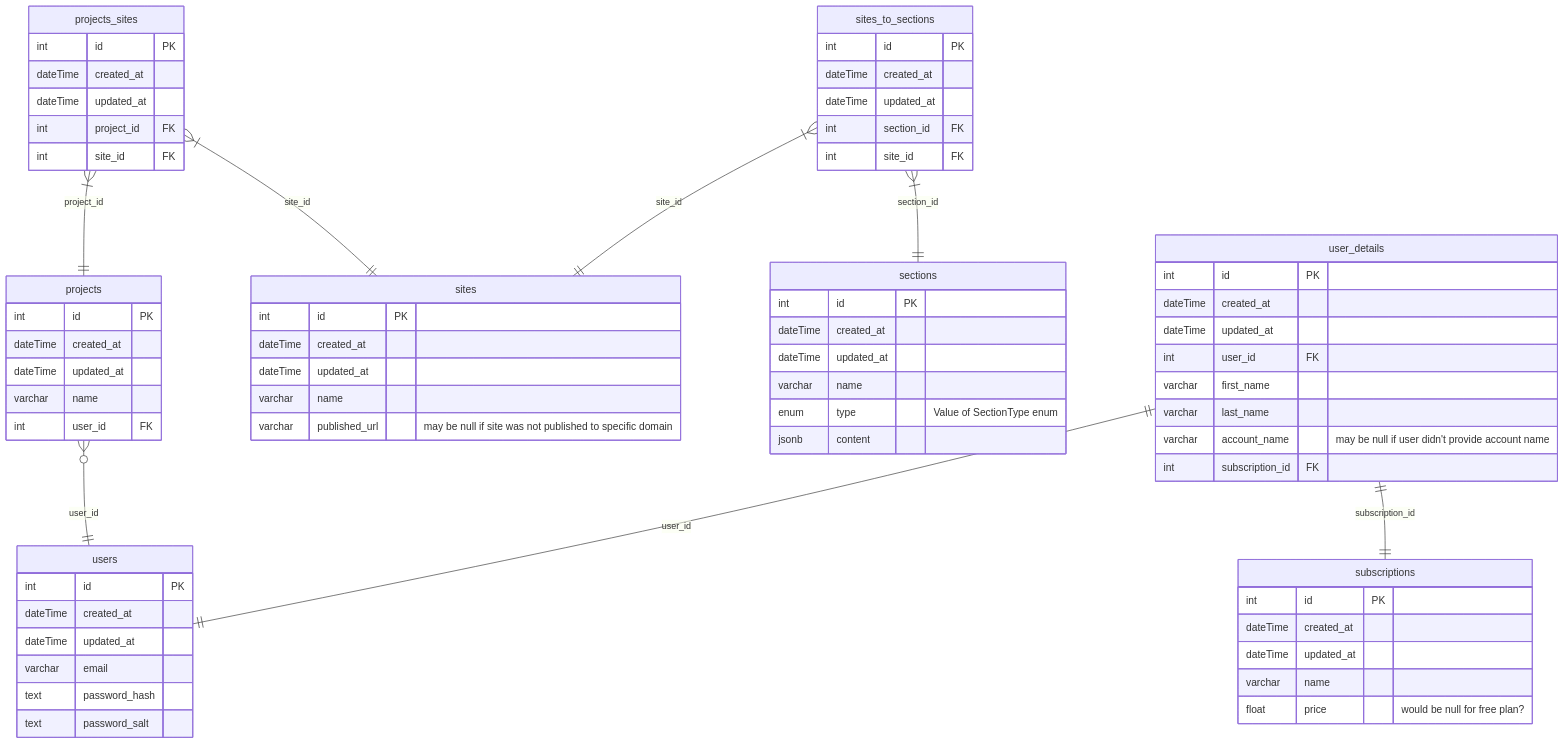
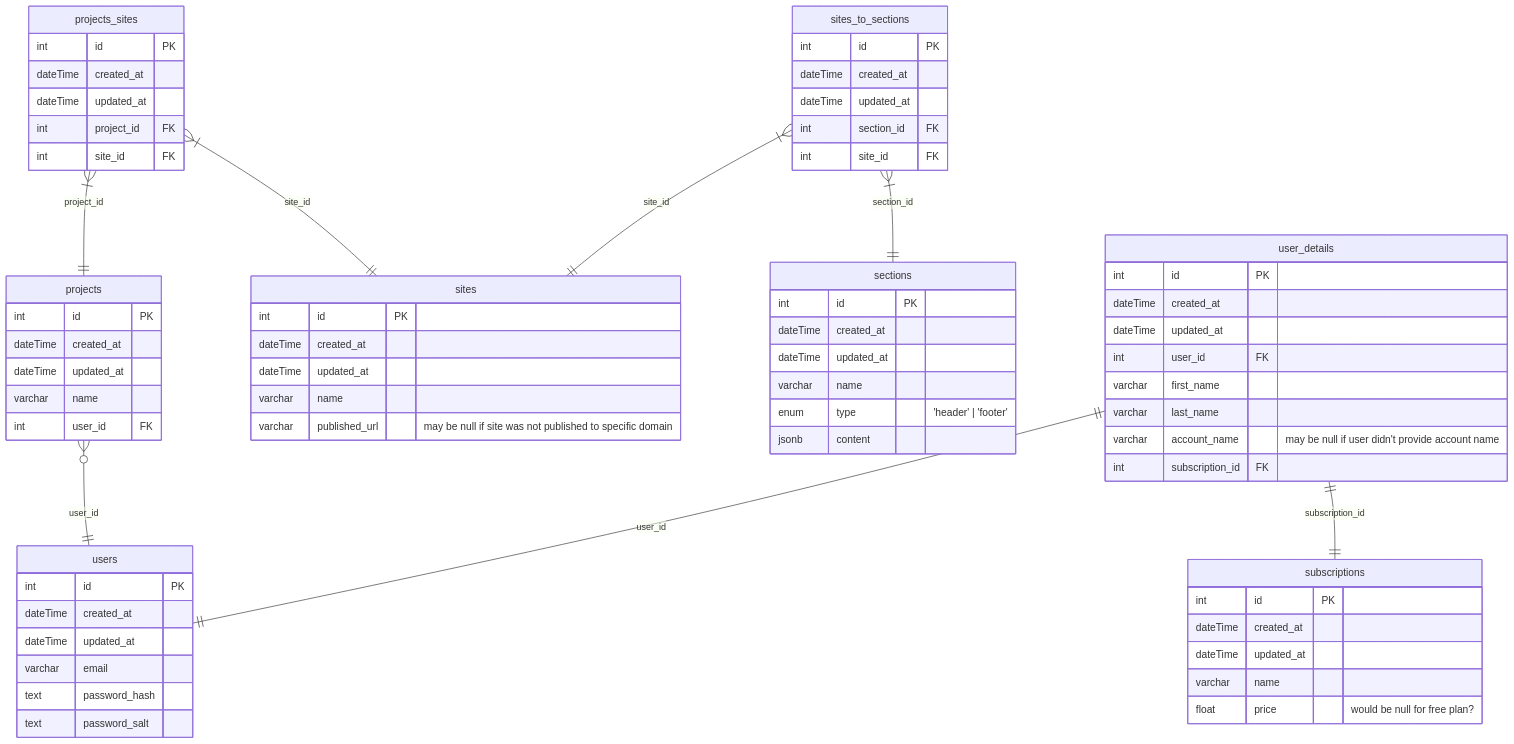
Before and after one commit to BinaryStudioAcademy/bsa-winter-2022-2023-simpleland: the diagram in readme.md, drawn with Mermaid. The commit also changed 1 other file, not shown here.

Commit message:
sl-60: * swagger description and er model

````diff
--- a/readme.md
+++ b/readme.md
@@ -43,81 +43,81 @@
 ```mermaid
 erDiagram
 
   users {
     int id PK
     dateTime created_at
     dateTime updated_at
     varchar email
     text password_hash
     text password_salt
   }
 
   %% mb user_details should content subscription_end_time col?
   user_details ||--|| users : user_id
   user_details ||--|| subscriptions : subscription_id
   user_details {
     int id PK
     dateTime created_at
     dateTime updated_at
     int user_id FK
     varchar first_name
     varchar last_name
     varchar account_name "may be null if user didn't provide account name"
     int subscription_id FK
   }
 
   sites {
     int id PK
     dateTime created_at
     dateTime updated_at
     varchar name
     varchar published_url "may be null if site was not published to specific domain"
   }
 
   sections {
     int id PK
     dateTime created_at
     dateTime updated_at
     varchar name
-    enum type  "Value of SectionType enum"
+    enum type "'header' | 'footer'"
     jsonb content
   }
 
   sites_to_sections }|--|| sections : section_id
   sites_to_sections }|--|| sites : site_id
   sites_to_sections {
     int id PK
     dateTime created_at
     dateTime updated_at
     int section_id FK
     int site_id FK
   }
 
   projects }o--|| users : user_id
   projects {
     int id PK
     dateTime created_at
     dateTime updated_at
     varchar name
     int user_id FK
   }
 
   projects_sites }|--|| projects : project_id
   projects_sites }|--|| sites : site_id
   projects_sites {
     int id PK
     dateTime created_at
     dateTime updated_at
     int project_id FK
     int site_id FK
   }
 
   subscriptions {
     int id PK
     dateTime created_at
     dateTime updated_at
     varchar name
     float price "would be null for free plan?"
   }
 
 ```
````
